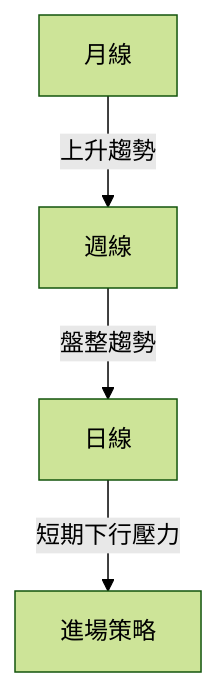
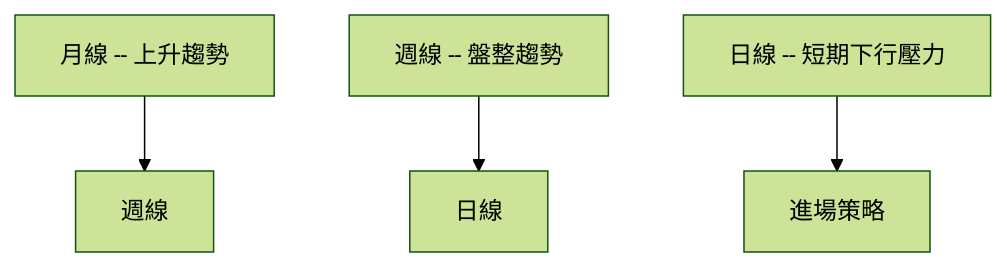
The second of 11 diagrams in ai_gen_report/stock/amd/technical_analysis_2026-03-31_openai.md (yennanliu/finance_data), drawn with Mermaid (forest theme) before and after one commit. The commit also changed other lines of this file and 2258 other files, not shown here.

First line of the commit message:
chore: backfill Mermaid syntax repair across existing reports

````diff
--- a/ai_gen_report/stock/amd/technical_analysis_2026-03-31_openai.md
+++ b/ai_gen_report/stock/amd/technical_analysis_2026-03-31_openai.md
@@ -88,6 +88,6 @@
 ```mermaid
 graph TD
-    月線 -- 上升趨勢 --> 週線
-    週線 -- 盤整趨勢 --> 日線
-    日線 -- 短期下行壓力 --> 進場策略
+    nb1["月線 -- 上升趨勢"] --> 週線
+    nb2["週線 -- 盤整趨勢"] --> 日線
+    nb3["日線 -- 短期下行壓力"] --> 進場策略
 ```
````
